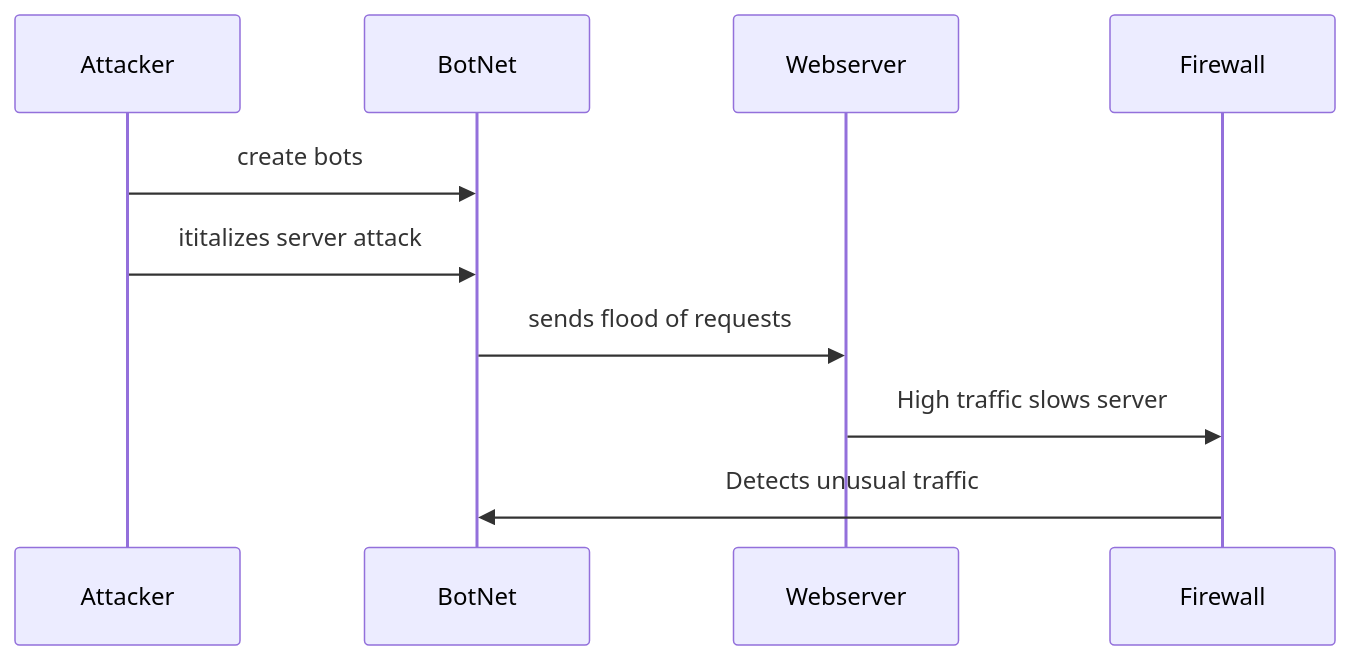
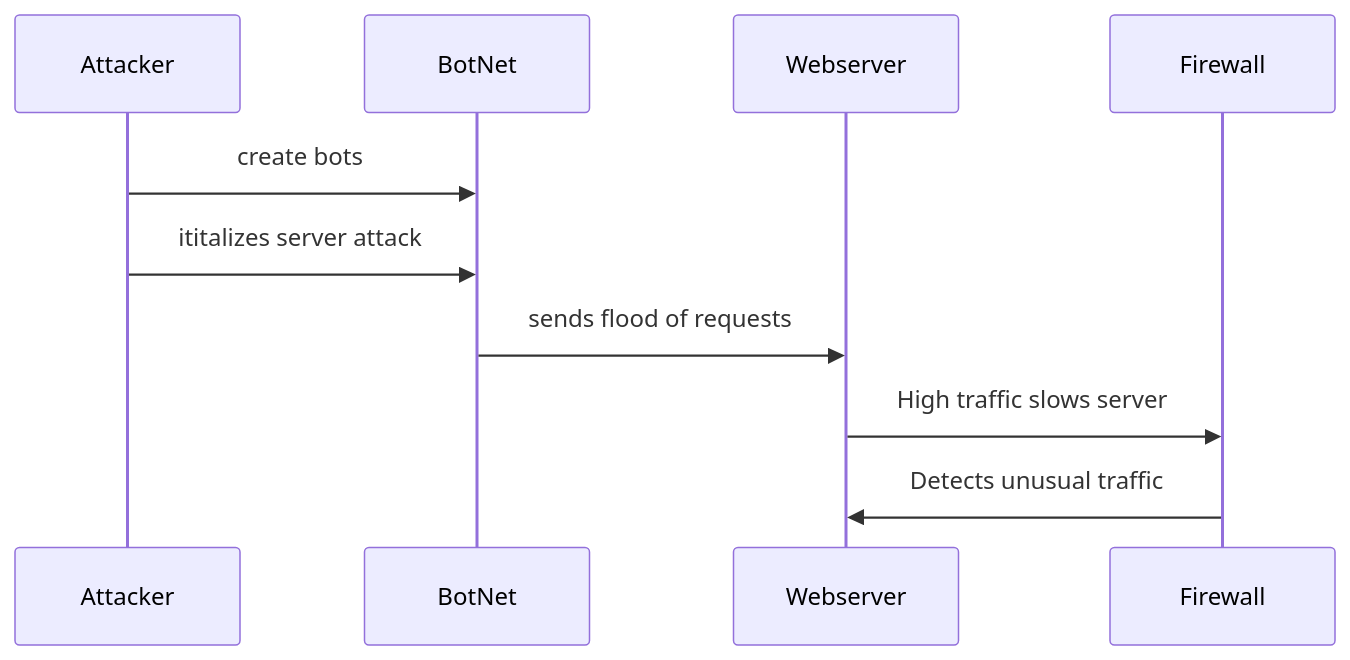
The diagram in DDoS_Attack_Sequence.md (G-Marotta/Flowchart), drawn with Mermaid before and after one commit.

````diff
--- a/DDoS_Attack_Sequence.md
+++ b/DDoS_Attack_Sequence.md
@@ -2,12 +2,12 @@
 ```mermaid
 sequenceDiagram
     participant Attacker
     participant BotNet
     participant Webserver
     participant Firewall
     Attacker->>BotNet: create bots
     Attacker->>BotNet: ititalizes server attack
     BotNet->>Webserver: sends flood of requests
     Webserver->>Firewall: High traffic slows server
-    Firewall->>BotNet: Detects unusual traffic
+    Firewall->>Webserver: Detects unusual traffic
 ```
````
